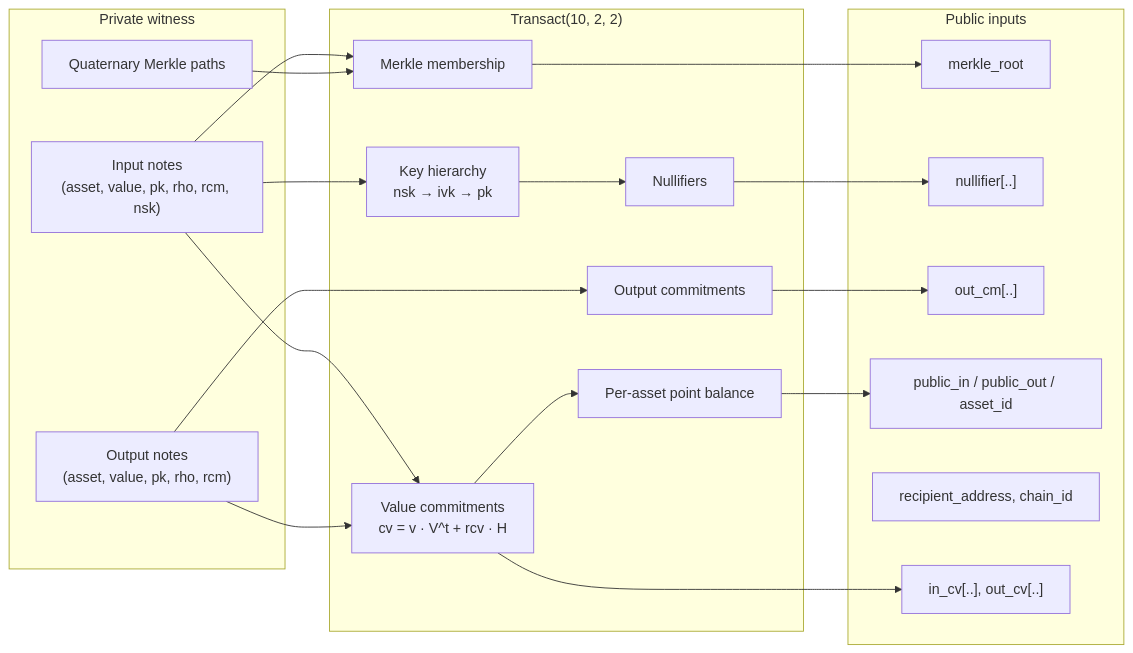
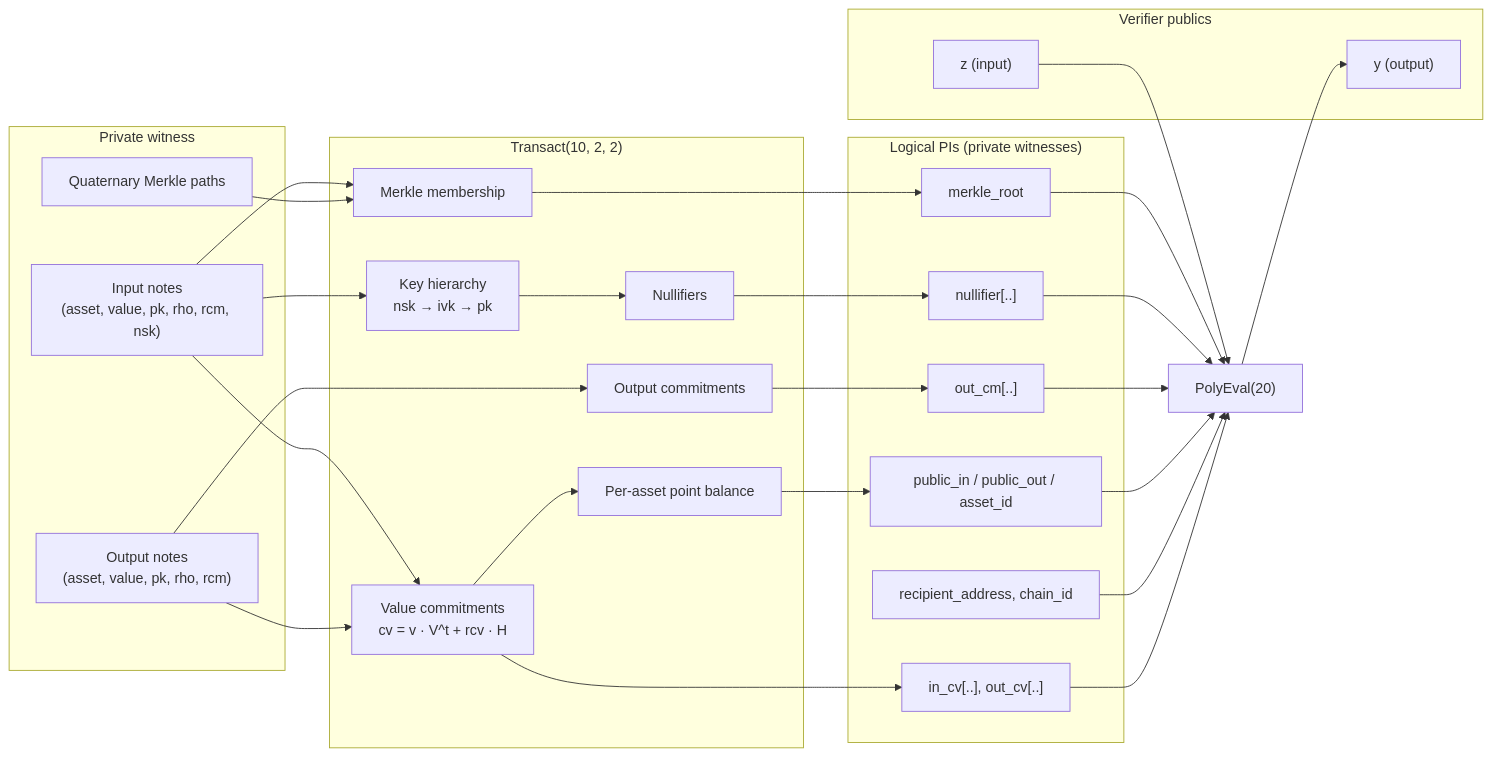
Before and after one commit to lelantos-org/circuits: the first of 5 diagrams in src/README.md, drawn with Mermaid. The commit also changed other lines of this file and 13 other files, not shown here.

````diff
--- a/src/README.md
+++ b/src/README.md
@@ -79,31 +129,42 @@
 ```mermaid
 flowchart LR
     subgraph Witness["Private witness"]
         IN["Input notes<br/>(asset, value, pk, rho, rcm, nsk)"]
         OUT["Output notes<br/>(asset, value, pk, rho, rcm)"]
         MP["Quaternary Merkle paths"]
     end
     subgraph Circuit["Transact(10, 2, 2)"]
         K["Key hierarchy<br/>nsk → ivk → pk"]
         NF["Nullifiers"]
         MT["Merkle membership"]
         CV["Value commitments<br/>cv = v · V^t + rcv · H"]
         BAL["Per-asset point balance"]
         CM["Output commitments"]
     end
-    subgraph Pub["Public inputs"]
+    subgraph Logical["Logical PIs (private witnesses)"]
         ROOT["merkle_root"]
         NFS["nullifier[..]"]
         CMS["out_cm[..]"]
         PB["public_in / public_out / asset_id"]
         REC["recipient_address, chain_id"]
         CVS["in_cv[..], out_cv[..]"]
+    end
+    subgraph Pub["Verifier publics"]
+        Z["z (input)"]
+        Y["y (output)"]
     end
     IN --> K --> NF --> NFS
     IN --> MT --> ROOT
     MP --> MT
     IN --> CV --> CVS
     OUT --> CV
     CV --> BAL --> PB
     OUT --> CM --> CMS
+    ROOT --> PE["PolyEval(20)"]
+    NFS --> PE
+    CMS --> PE
+    PB --> PE
+    REC --> PE
+    CVS --> PE
+    Z --> PE --> Y
 ```
````
